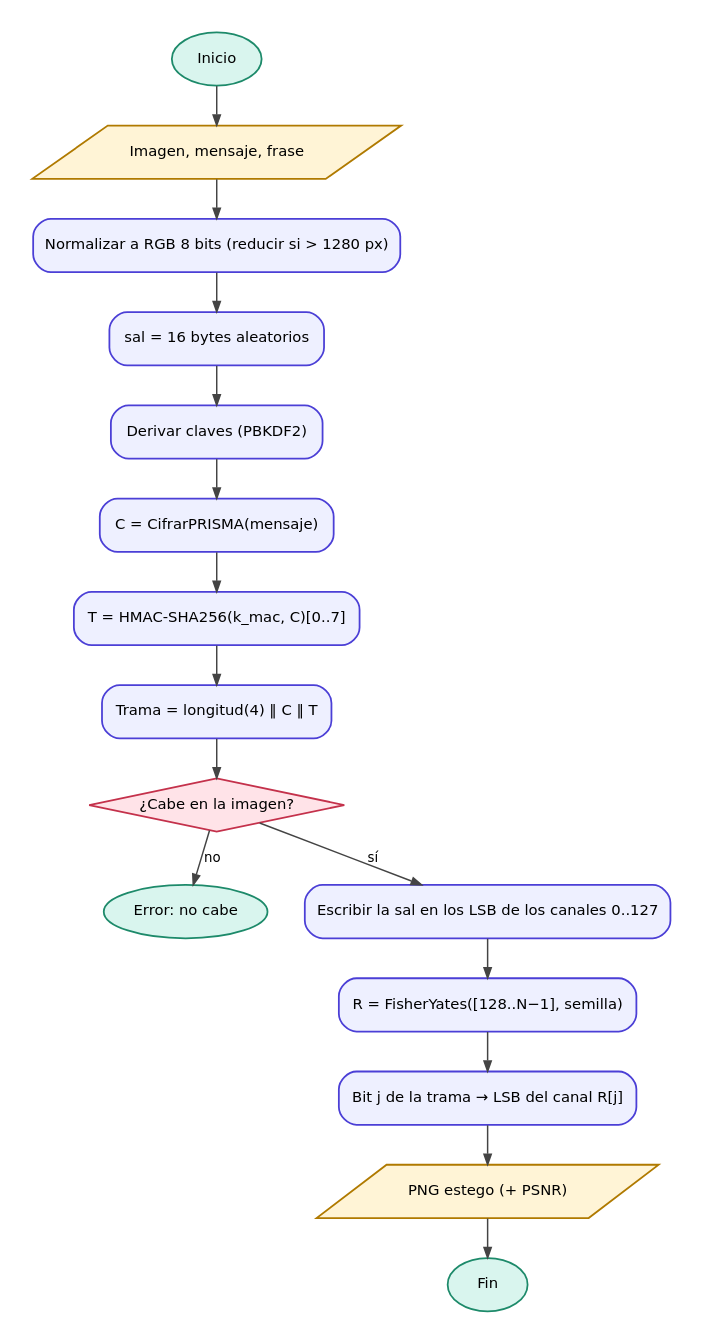
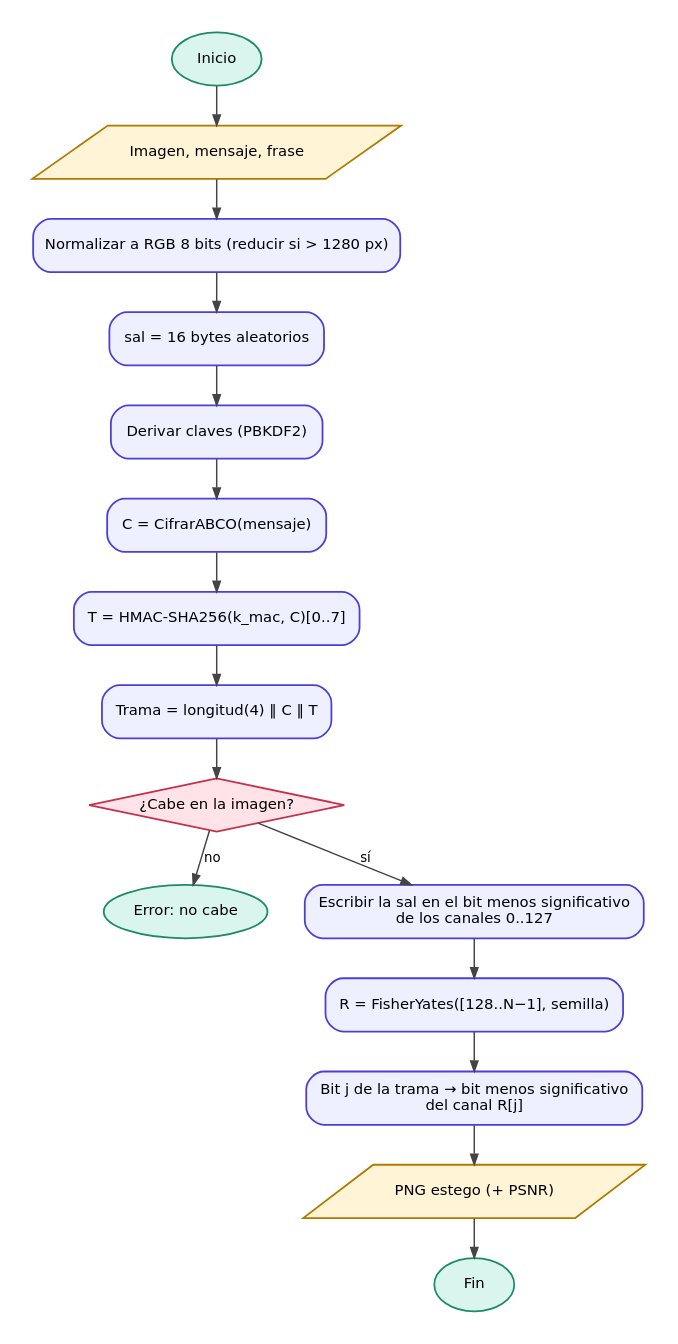
One commit to yaelrdf/Virologia_Criptografia_UPIICSA changed the diagram in Examen_Prisma/docs/diagramas/prisma_ocultar.dot. Above: the diagram before and after it, drawn with Graphviz. The commit also changed 16 other files, not shown here.

First line of the commit message:
Documentación ABCO: diagramas, API, README, DEPLOY y generador del Word actualizados

```diff
--- a/Examen_Prisma/docs/diagramas/prisma_ocultar.dot
+++ b/Examen_Prisma/docs/diagramas/prisma_ocultar.dot
@@ -1,12 +1,12 @@
 digraph G { graph [fontname="DejaVu Sans", fontsize=11, nodesep=0.35, ranksep=0.35, pad=0.2, bgcolor="white"];
 node [fontname="DejaVu Sans", fontsize=10, shape=box, style="rounded,filled", fillcolor="#eef0ff", color="#4b3fd6", penwidth=1.2, margin="0.15,0.07"];
 edge [fontname="DejaVu Sans", fontsize=9, color="#444444", arrowsize=0.7];
   ini [label="Inicio", shape=oval, style=filled, fillcolor="#d9f5ee", color="#1d8a6a"]; fin [label="Fin", shape=oval, style=filled, fillcolor="#d9f5ee", color="#1d8a6a"];
   ent [label="Imagen, mensaje, frase", shape=parallelogram, style=filled, fillcolor="#fff4d6", color="#b07a00"]; rgb [label="Normalizar a RGB 8 bits (reducir si > 1280 px)"];
-  sal [label="sal = 16 bytes aleatorios"]; der [label="Derivar claves (PBKDF2)"]; cif [label="C = CifrarPRISMA(mensaje)"];
+  sal [label="sal = 16 bytes aleatorios"]; der [label="Derivar claves (PBKDF2)"]; cif [label="C = CifrarABCO(mensaje)"];
   mac [label="T = HMAC-SHA256(k_mac, C)[0..7]"]; tr [label="Trama = longitud(4) ‖ C ‖ T"];
   q [label="¿Cabe en la imagen?", shape=diamond, style=filled, fillcolor="#ffe3e8", color="#c4314b", margin="0.05,0.03"]; err [label="Error: no cabe", shape=oval, style=filled, fillcolor="#d9f5ee", color="#1d8a6a"];
-  s1 [label="Escribir la sal en los LSB de los canales 0..127"]; rec [label="R = FisherYates([128..N−1], semilla)"];
-  s2 [label="Bit j de la trama → LSB del canal R[j]"]; png [label="PNG estego (+ PSNR)", shape=parallelogram, style=filled, fillcolor="#fff4d6", color="#b07a00"];
+  s1 [label="Escribir la sal en el bit menos significativo\nde los canales 0..127"]; rec [label="R = FisherYates([128..N−1], semilla)"];
+  s2 [label="Bit j de la trama → bit menos significativo\ndel canal R[j]"]; png [label="PNG estego (+ PSNR)", shape=parallelogram, style=filled, fillcolor="#fff4d6", color="#b07a00"];
   ini -> ent -> rgb -> sal -> der -> cif -> mac -> tr -> q; q -> err [label="no"]; q -> s1 [label="sí"]; s1 -> rec -> s2 -> png -> fin;
 }
```
